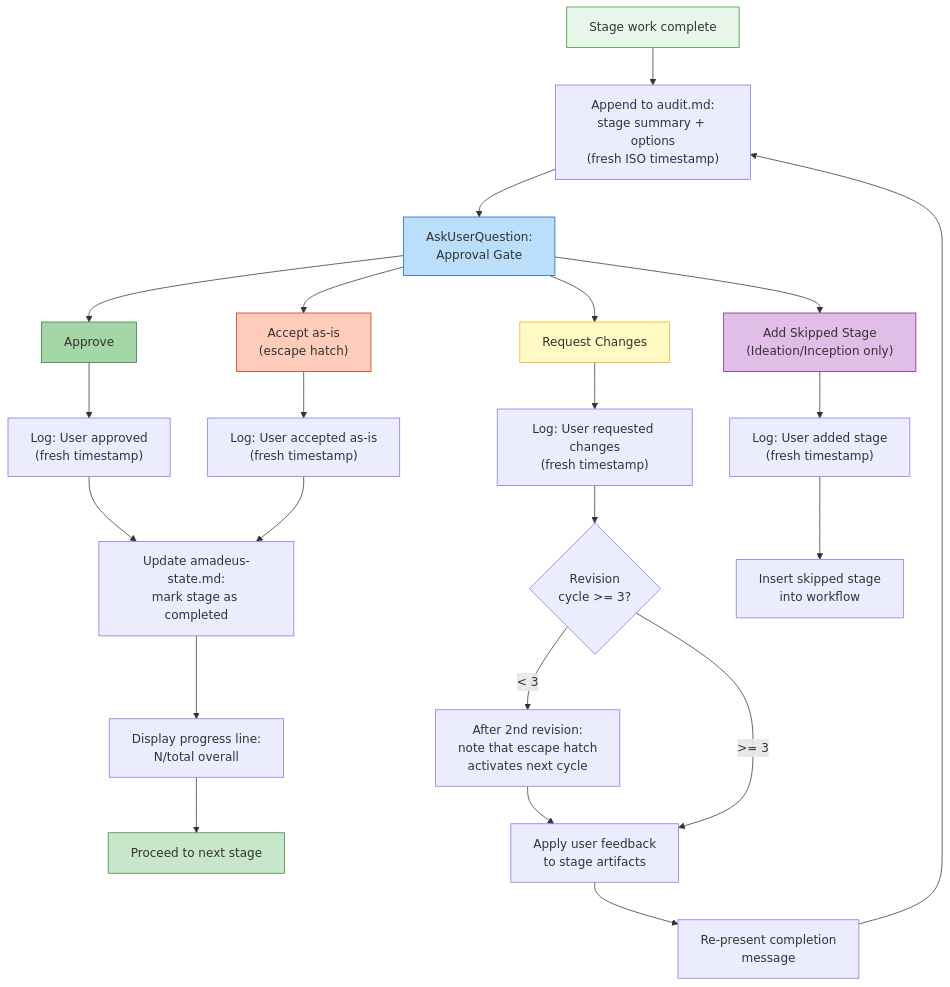
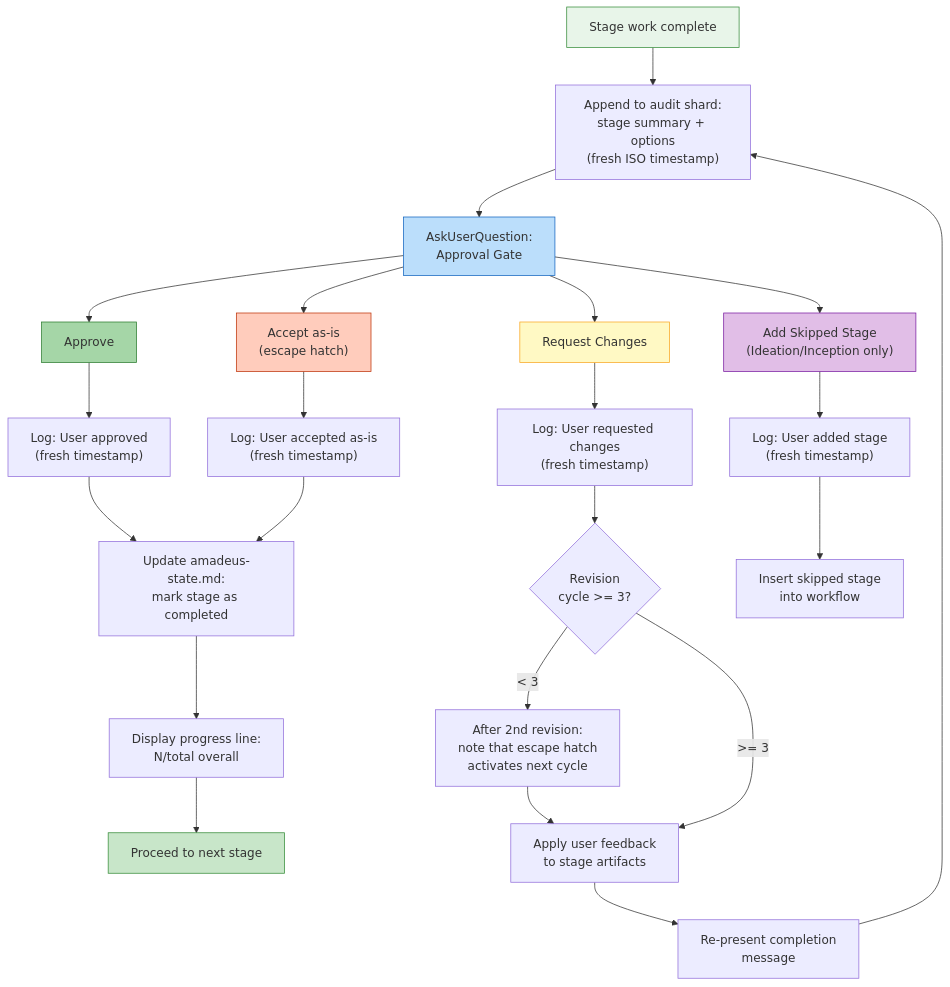
The tenth of 12 diagrams in docs/reference/diagrams.ja.md (amadeus-dlc/amadeus), drawn with Mermaid before and after one commit. The commit also changed 969 other files, not shown here.

````diff
--- a/docs/reference/diagrams.ja.md
+++ b/docs/reference/diagrams.ja.md
@@ -469,51 +469,51 @@
 ```mermaid
 flowchart TD
     COMPLETE["Stage work complete"]
-    AUDIT_PRE["Append to audit.md:\nstage summary + options\n(fresh ISO timestamp)"]
+    AUDIT_PRE["Append to audit shard:\nstage summary + options\n(fresh ISO timestamp)"]
     ASK["AskUserQuestion:\nApproval Gate"]
 
     APPROVE["Approve"]
     CHANGES["Request Changes"]
     ACCEPT["Accept as-is\n(escape hatch)"]
     ADD_STAGE["Add Skipped Stage\n(Ideation/Inception only)"]
 
     AUDIT_POST_A["Log: User approved\n(fresh timestamp)"]
     AUDIT_POST_C["Log: User requested changes\n(fresh timestamp)"]
     AUDIT_POST_ACC["Log: User accepted as-is\n(fresh timestamp)"]
     AUDIT_POST_ADD["Log: User added stage\n(fresh timestamp)"]
 
     REVISION_COUNT{"Revision\ncycle >= 3?"}
     NOTE_2ND["After 2nd revision:\nnote that escape hatch\nactivates next cycle"]
 
     UPDATE_STATE["Update amadeus-state.md:\nmark stage as completed"]
     PROGRESS["Display progress line:\nN/total overall"]
     NEXT_STAGE["Proceed to next stage"]
 
     REVISE["Apply user feedback\nto stage artifacts"]
     RE_PRESENT["Re-present completion\nmessage"]
 
     ADD_EXEC["Insert skipped stage\ninto workflow"]
 
     COMPLETE --> AUDIT_PRE --> ASK
     ASK --> APPROVE
     ASK --> CHANGES
     ASK --> ACCEPT
     ASK --> ADD_STAGE
 
     APPROVE --> AUDIT_POST_A --> UPDATE_STATE --> PROGRESS --> NEXT_STAGE
     ACCEPT --> AUDIT_POST_ACC --> UPDATE_STATE
 
     CHANGES --> AUDIT_POST_C --> REVISION_COUNT
     REVISION_COUNT -->|"< 3"| NOTE_2ND --> REVISE --> RE_PRESENT --> AUDIT_PRE
     REVISION_COUNT -->|">= 3"| REVISE
 
     ADD_STAGE --> AUDIT_POST_ADD --> ADD_EXEC
 
     style COMPLETE fill:#e8f5e9,stroke:#388e3c
     style ASK fill:#bbdefb,stroke:#1565c0
     style APPROVE fill:#a5d6a7,stroke:#2e7d32
     style CHANGES fill:#fff9c4,stroke:#f9a825
     style ACCEPT fill:#ffccbc,stroke:#bf360c
     style ADD_STAGE fill:#e1bee7,stroke:#7b1fa2
     style NEXT_STAGE fill:#c8e6c9,stroke:#388e3c
 ```
````
